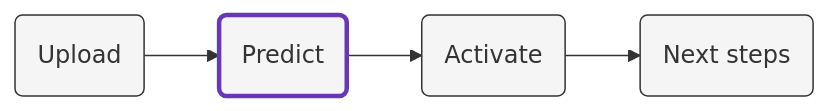
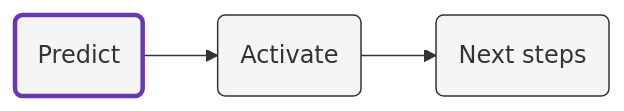
Before and after one commit to snowplow/composable-cdp-with-predictive-ml-modeling-accelerator: the diagram in content/predictive_ml_models/_index.md, drawn with Mermaid. The commit also changed other lines of this file and 3 other files, not shown here.

```diff
--- a/content/predictive_ml_models/_index.md
+++ b/content/predictive_ml_models/_index.md
@@ -11,8 +11,7 @@
 {{<mermaid>}}
 flowchart LR
-    id1(Upload)-->id2(Predict)-->id3(Activate)-->id4(Next steps)
-    style id1 fill:#f5f5f5,stroke:#333,stroke-width:1px
-    style id2 fill:#f5f5f5,stroke:#6638B8,stroke-width:3px
+    id1(Predict)-->id2(Activate)-->id3(Next steps)
+    style id1 fill:#f5f5f5,stroke:#6638B8,stroke-width:3px
+    style id2 fill:#f5f5f5,stroke:#333,stroke-width:1px
     style id3 fill:#f5f5f5,stroke:#333,stroke-width:1px
-    style id4 fill:#f5f5f5,stroke:#333,stroke-width:1px
 {{</mermaid >}}
```
